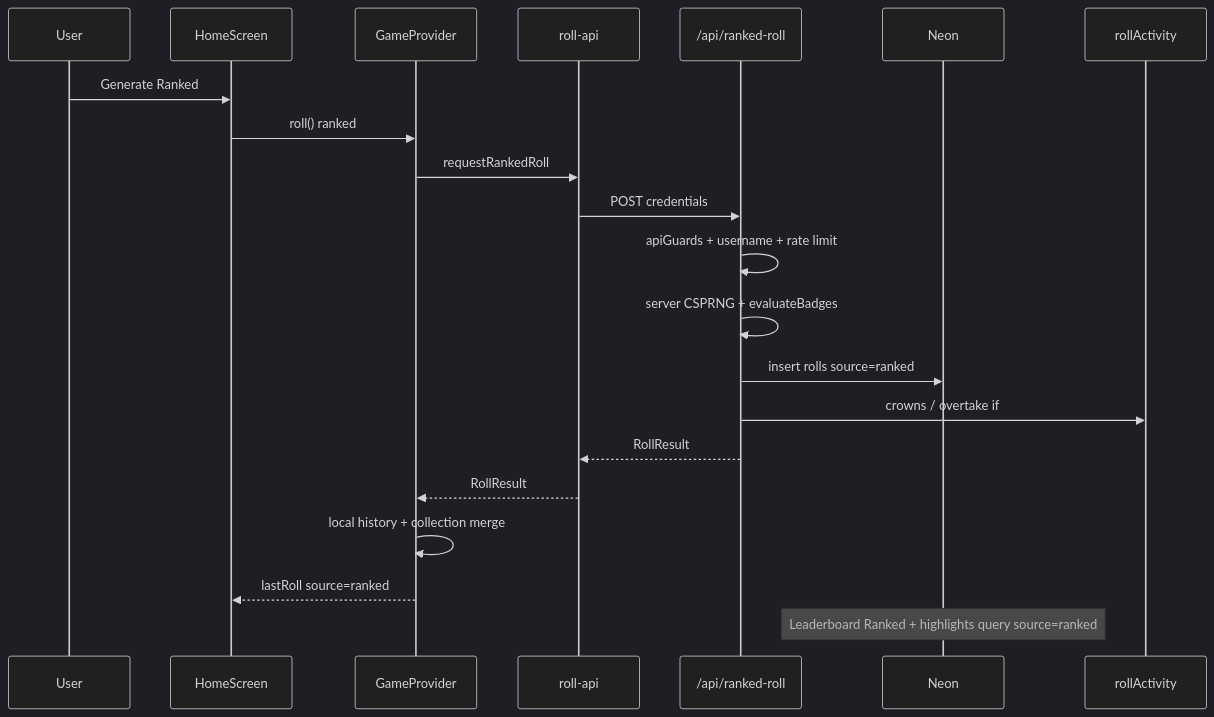
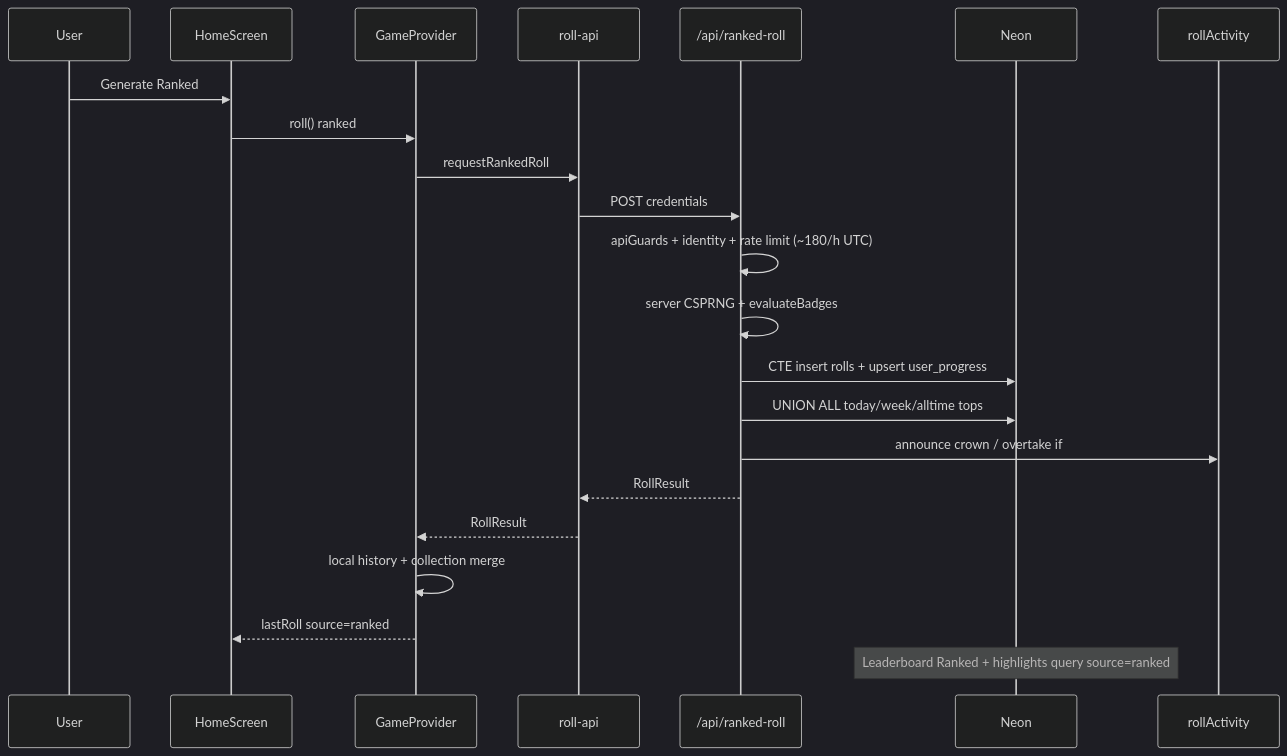
The fourth of 7 diagrams in docs/ARCHITECTURE.md (jondmarien/rngdle-unlocked), drawn with Mermaid (dark theme) before and after one commit. The commit also changed other lines of this file and 3 other files, not shown here.

First line of the commit message:
Docs: version-map Status & roadmap and sync architecture notes. (#24)

````diff
--- a/docs/ARCHITECTURE.md
+++ b/docs/ARCHITECTURE.md
@@ -148,24 +148,25 @@
 ```mermaid
 sequenceDiagram
   participant U as User
   participant H as HomeScreen
   participant G as GameProvider
   participant RollApi as roll-api
   participant R as /api/ranked-roll
   participant DB as Neon
   participant A as rollActivity
 
   U->>H: Generate Ranked
   H->>G: roll() ranked
   G->>RollApi: requestRankedRoll
   RollApi->>R: POST credentials
-  R->>R: apiGuards + username + rate limit
+  R->>R: apiGuards + identity + rate limit (~180/h UTC)
   R->>R: server CSPRNG + evaluateBadges
-  R->>DB: insert rolls source=ranked
-  R->>A: crowns / overtake if #1
+  R->>DB: CTE insert rolls + upsert user_progress
+  R->>DB: UNION ALL today/week/alltime tops
+  R->>A: announce crown / overtake if #1
   R-->>RollApi: RollResult
   RollApi-->>G: RollResult
   G->>G: local history + collection merge
   G-->>H: lastRoll source=ranked
   Note over DB: Leaderboard Ranked + highlights query source=ranked
 ```
````
